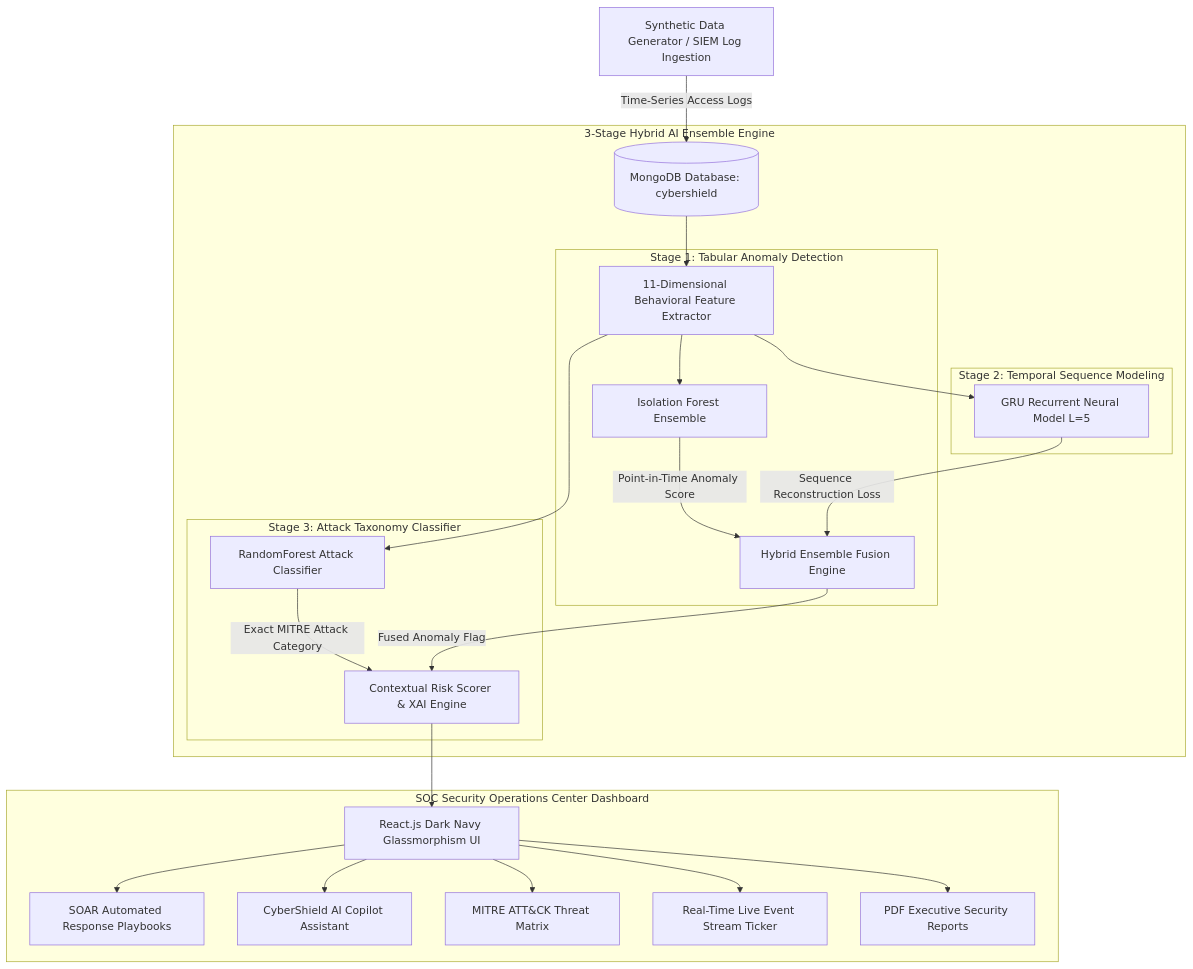
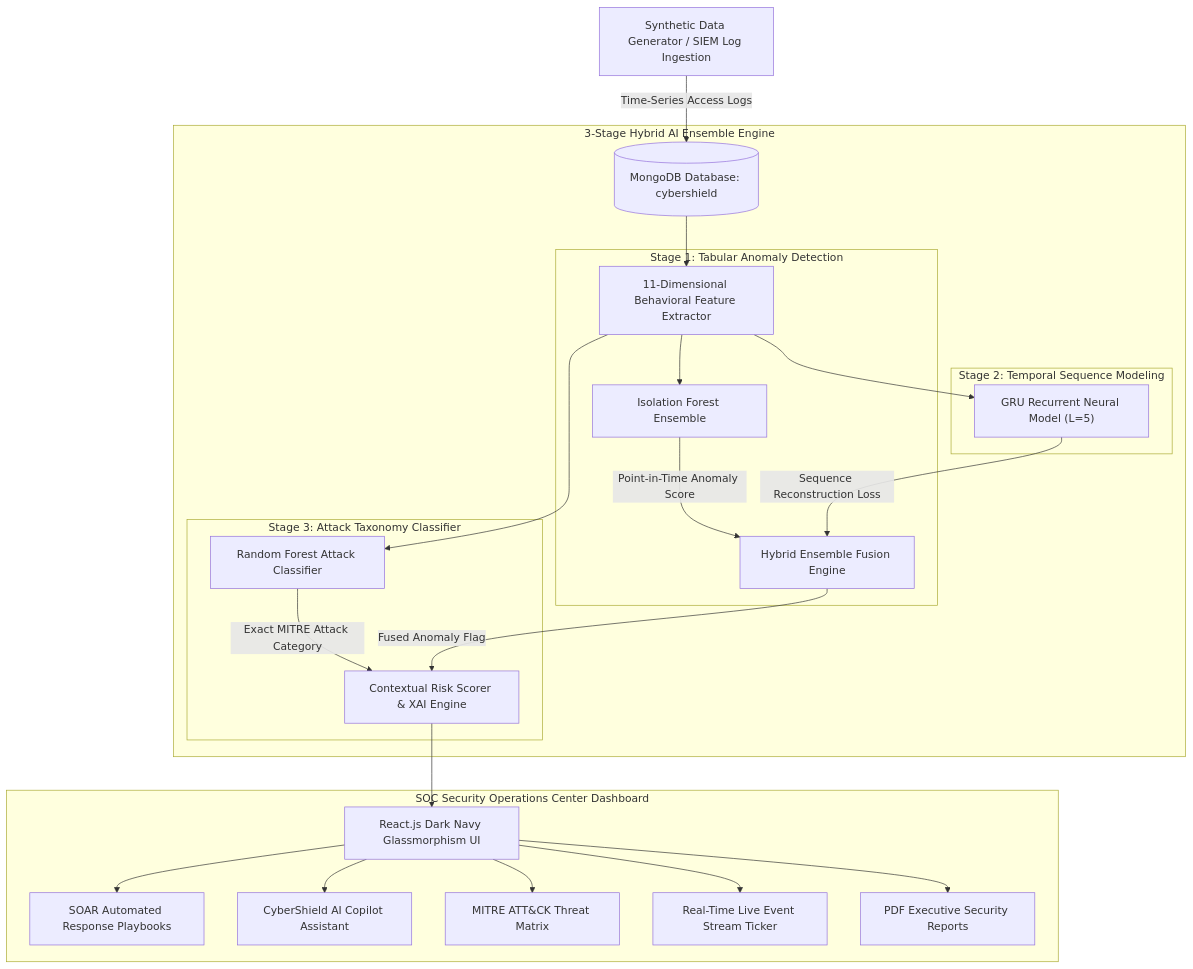
One commit to Tejas5504/Honeywell changed the diagram in README.md. Above: the diagram before and after it, drawn with Mermaid.

````diff
--- a/README.md
+++ b/README.md
@@ -9,34 +9,34 @@
 ```mermaid
 graph TD
-    A[Synthetic Data Generator / SIEM Log Ingestion] -->|Time-Series Access Logs| B[(MongoDB Database: cybershield)]
-    
-    subgraph 3-Stage Hybrid AI Ensemble Engine
-        B --> C[11-Dimensional Behavioral Feature Extractor]
-        
-        subgraph Stage 1: Tabular Anomaly Detection
-            C --> D[Isolation Forest Ensemble]
-            D -->|Point-in-Time Anomaly Score| G[Hybrid Ensemble Fusion Engine]
+    A["Synthetic Data Generator / SIEM Log Ingestion"] -->|Time-Series Access Logs| B[("MongoDB Database: cybershield")]
+
+    subgraph ENGINE["3-Stage Hybrid AI Ensemble Engine"]
+        B --> C["11-Dimensional Behavioral Feature Extractor"]
+
+        subgraph STAGE1["Stage 1: Tabular Anomaly Detection"]
+            C --> D["Isolation Forest Ensemble"]
+            D -->|Point-in-Time Anomaly Score| G["Hybrid Ensemble Fusion Engine"]
         end
 
-        subgraph Stage 2: Temporal Sequence Modeling
-            C --> E[GRU Recurrent Neural Model L=5]
+        subgraph STAGE2["Stage 2: Temporal Sequence Modeling"]
+            C --> E["GRU Recurrent Neural Model (L=5)"]
             E -->|Sequence Reconstruction Loss| G
         end
 
-        subgraph Stage 3: Attack Taxonomy Classifier
-            C --> F[RandomForest Attack Classifier]
-            F -->|Exact MITRE Attack Category| H[Contextual Risk Scorer & XAI Engine]
+        subgraph STAGE3["Stage 3: Attack Taxonomy Classifier"]
+            C --> F["Random Forest Attack Classifier"]
+            F -->|Exact MITRE Attack Category| H["Contextual Risk Scorer & XAI Engine"]
         end
 
         G -->|Fused Anomaly Flag| H
     end
 
-    subgraph SOC Security Operations Center Dashboard
-        H --> I[React.js Dark Navy Glassmorphism UI]
-        I --> J[SOAR Automated Response Playbooks]
-        I --> K[CyberShield AI Copilot Assistant]
-        I --> L[MITRE ATT&CK Threat Matrix]
-        I --> M[Real-Time Live Event Stream Ticker]
-        I --> N[PDF Executive Security Reports]
+    subgraph SOC["SOC Security Operations Center Dashboard"]
+        H --> I["React.js Dark Navy Glassmorphism UI"]
+        I --> J["SOAR Automated Response Playbooks"]
+        I --> K["CyberShield AI Copilot Assistant"]
+        I --> L["MITRE ATT&CK Threat Matrix"]
+        I --> M["Real-Time Live Event Stream Ticker"]
+        I --> N["PDF Executive Security Reports"]
     end
 ```
````
